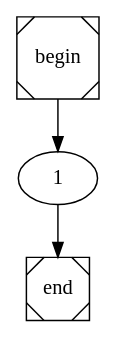
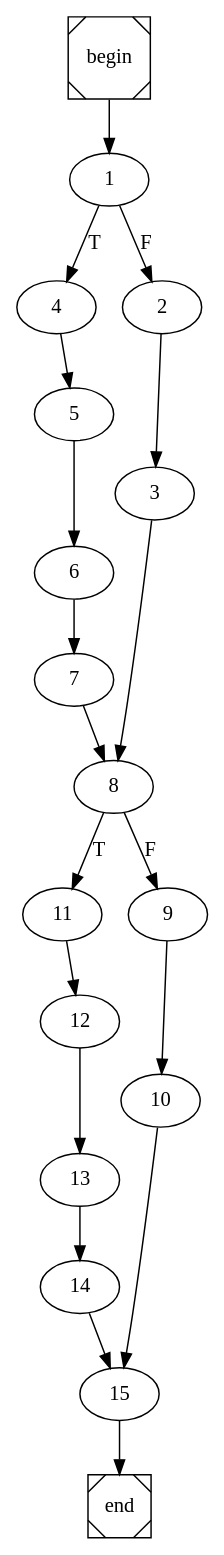
One commit to arubenruben/JMM-Compiler changed the diagram in compFac.dot. Above: the diagram before and after it, drawn with Graphviz. The commit also changed 1 other file, not shown here.

```diff
--- a/compFac.dot
+++ b/compFac.dot
@@ -1,4 +1,4 @@
 digraph cfg {
 	begin [shape=Msquare];
 	end [shape=Msquare];
-	begin -> 1;	1 -> end;}
+	begin -> 1;	1 -> 4[label=T];	1 -> 2[label=F];	2 -> 3;	3 -> 8;	4 -> 5;	5 -> 6;	6 -> 7;	7 -> 8;	8 -> 11[label=T];	8 -> 9[label=F];	9 -> 10;	10 -> 15;	11 -> 12;	12 -> 13;	13 -> 14;	14 -> 15;	15 -> end;}
```
